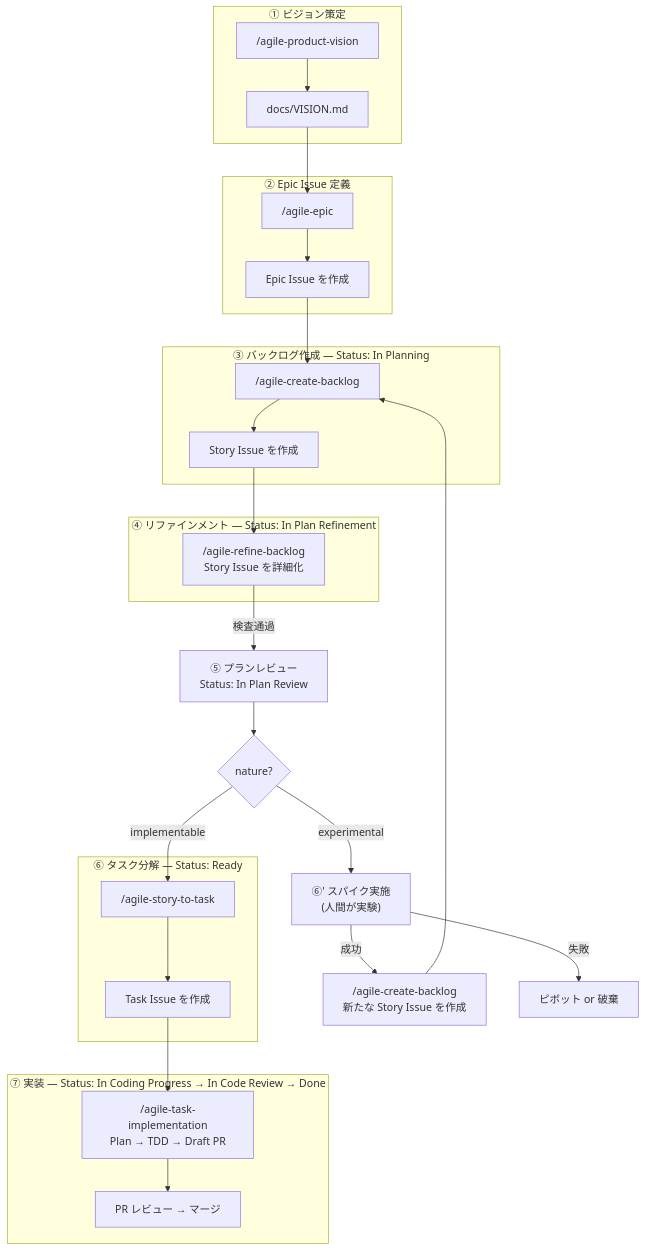
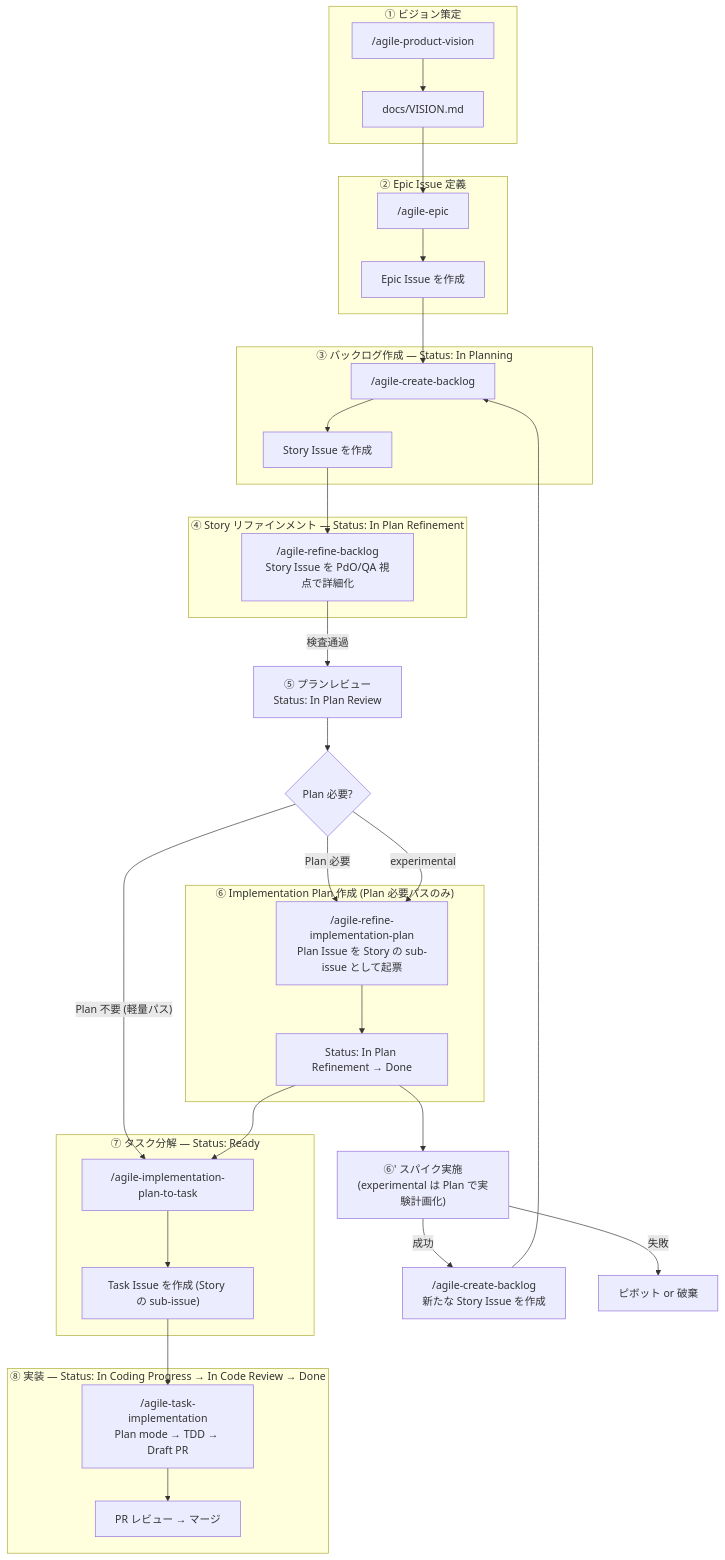
One commit to mrtry-lab/skills changed the diagram in docs/agile-workflow/README.md. Above: the diagram before and after it, drawn with Mermaid. The commit also changed other lines of this file and 1 other file, not shown here.

First line of the commit message:
docs(agile-workflow): update workflow diagram and operations for Implementation Plan layer

````diff
--- a/docs/agile-workflow/README.md
+++ b/docs/agile-workflow/README.md
@@ -30,55 +31,64 @@
 ```mermaid
 flowchart TB
   subgraph vision["① ビジョン策定"]
     v1["/agile-product-vision"]
     v2["docs/VISION.md"]
     v1 --> v2
   end
 
   subgraph epicdef["② Epic Issue 定義"]
     e1["/agile-epic"]
     e2["Epic Issue を作成"]
     e1 --> e2
   end
 
   subgraph planning["③ バックログ作成 — Status: In Planning"]
     b1["/agile-create-backlog"]
     b2["Story Issue を作成"]
     b1 --> b2
   end
 
-  subgraph refinement["④ リファインメント — Status: In Plan Refinement"]
-    r1["/agile-refine-backlog\nStory Issue を詳細化"]
+  subgraph refinement["④ Story リファインメント — Status: In Plan Refinement"]
+    r1["/agile-refine-backlog\nStory Issue を PdO/QA 視点で詳細化"]
   end
 
   review["⑤ プランレビュー\nStatus: In Plan Review"]
 
-  branch{"nature?"}
+  plan_decision{"Plan 必要?"}
 
-  subgraph taskphase["⑥ タスク分解 — Status: Ready"]
-    t1["/agile-story-to-task"]
-    t2["Task Issue を作成"]
+  subgraph plan_phase["⑥ Implementation Plan 作成 (Plan 必要パスのみ)"]
+    p1["/agile-refine-implementation-plan\nPlan Issue を Story の sub-issue として起票"]
+    p2["Status: In Plan Refinement → Done"]
+    p1 --> p2
+  end
+
+  subgraph taskphase["⑦ タスク分解 — Status: Ready"]
+    t1["/agile-implementation-plan-to-task"]
+    t2["Task Issue を作成 (Story の sub-issue)"]
     t1 --> t2
   end
 
-  subgraph coding["⑦ 実装 — Status: In Coding Progress → In Code Review → Done"]
-    c1["/agile-task-implementation\nPlan → TDD → Draft PR"]
+  subgraph coding["⑧ 実装 — Status: In Coding Progress → In Code Review → Done"]
+    c1["/agile-task-implementation\nPlan mode → TDD → Draft PR"]
     c2["PR レビュー → マージ"]
     c1 --> c2
   end
 
-  spike["⑥' スパイク実施\n(人間が実験)"]
+  spike["⑥' スパイク実施\n(experimental は Plan で実験計画化)"]
   newstory["/agile-create-backlog\n新たな Story Issue を作成"]
   pivot["ピボット or 破棄"]
 
   v2 --> e1
   e2 --> b1
   b2 --> r1
-  r1 -- "検査通過" --> review --> branch
-  branch -- "implementable" --> t1
+  r1 -- "検査通過" --> review --> plan_decision
+  plan_decision -- "Plan 必要" --> p1
+  plan_decision -- "Plan 不要 (軽量パス)" --> t1
+  p2 --> t1
   t2 --> c1
-  branch -- "experimental" --> spike
+  plan_decision -- "experimental" --> p1
+  p2 --> spike
   spike -- "成功" --> newstory
   spike -- "失敗" --> pivot
   newstory --> b1
 ```
````
